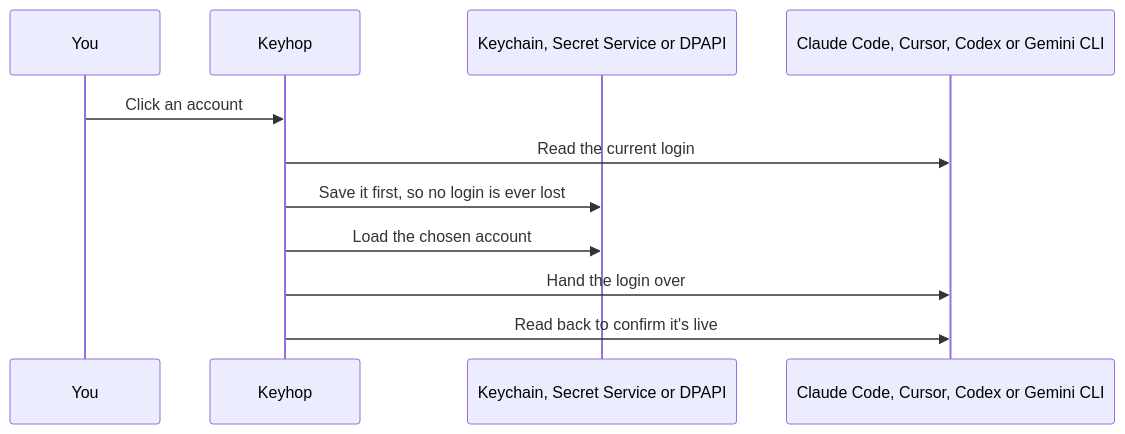
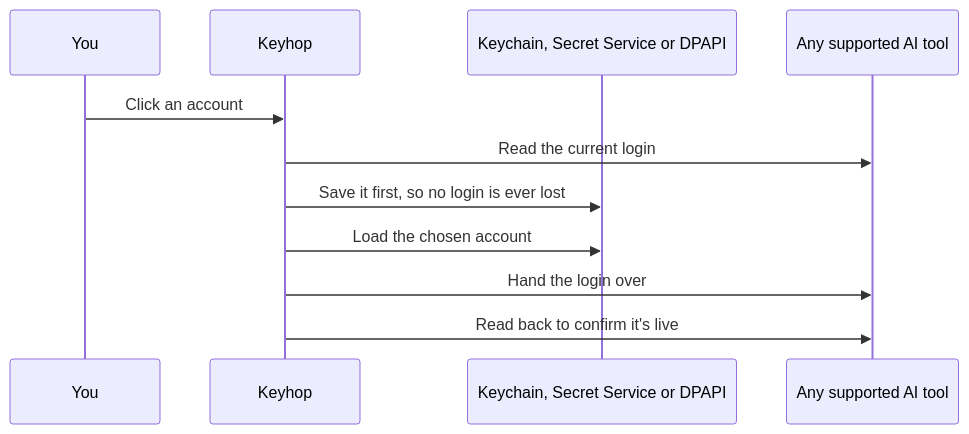
One commit to dominikzabcik/keyhop changed the diagram in README.md. Above: the diagram before and after it, drawn with Mermaid. The commit also changed other lines of this file and 40 other files, not shown here.

````diff
--- a/README.md
+++ b/README.md
@@ -172,13 +174,13 @@
 ```mermaid
 sequenceDiagram
     participant You
     participant Keyhop
     participant Store as Keychain, Secret Service or DPAPI
-    participant Tool as Claude Code, Cursor, Codex or Gemini CLI
+    participant Tool as Any supported AI tool
     You->>Keyhop: Click an account
     Keyhop->>Tool: Read the current login
     Keyhop->>Store: Save it first, so no login is ever lost
     Keyhop->>Store: Load the chosen account
     Keyhop->>Tool: Hand the login over
     Keyhop->>Tool: Read back to confirm it's live
 ```
````
